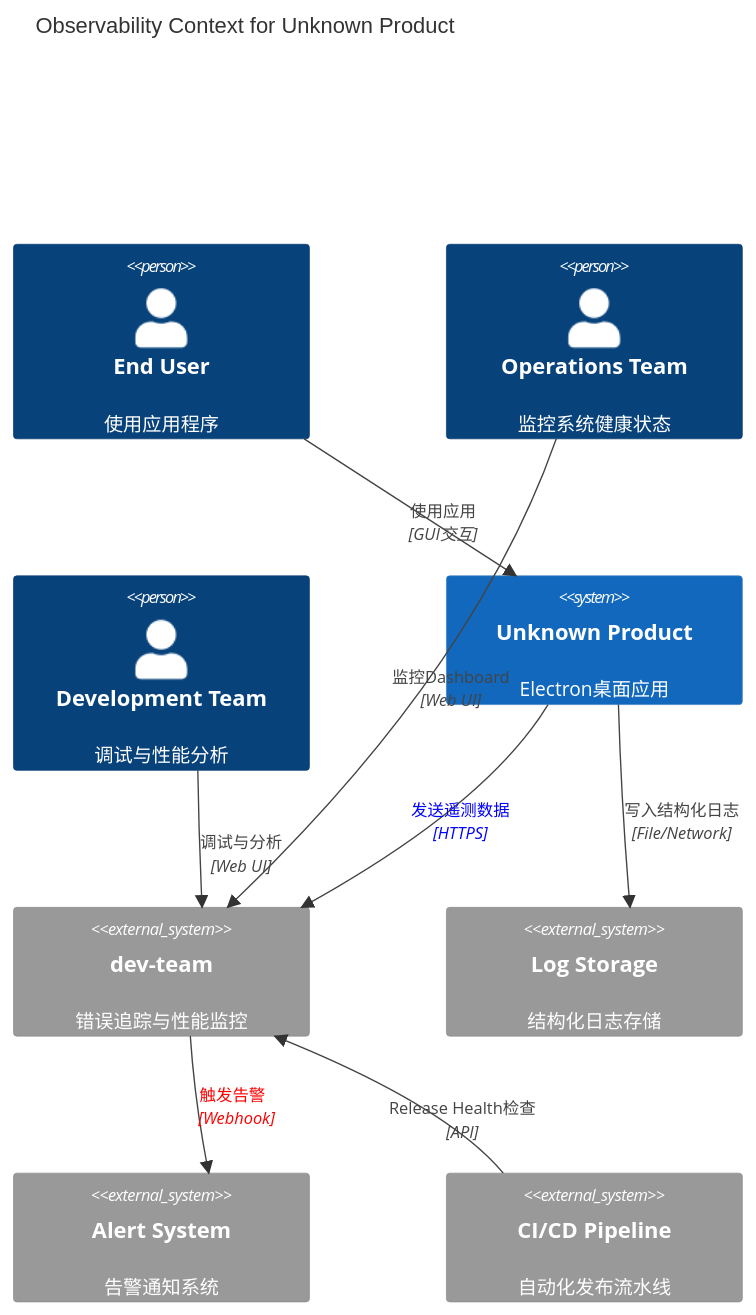
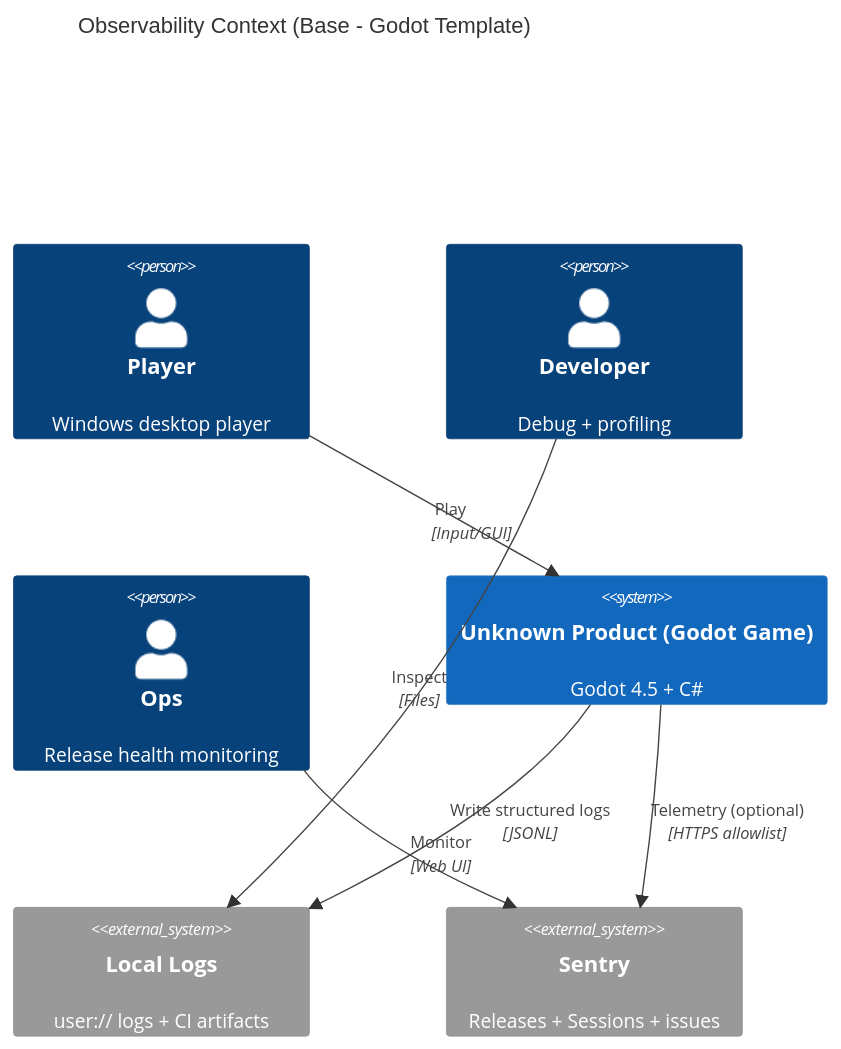
The diagram in docs/architecture/base/03-observability-sentry-logging-v2.md (skyoxu/sanguo), drawn with Mermaid before and after one commit. The commit also changed other lines of this file and 136 other files, not shown here.

````diff
--- a/docs/architecture/base/03-observability-sentry-logging-v2.md
+++ b/docs/architecture/base/03-observability-sentry-logging-v2.md
@@ -20,22 +20,16 @@
 ```mermaid
 C4Context
-    title Observability Context for Unknown Product
-    Person(user, "End User", "使用应用程序")
-    Person(ops, "Operations Team", "监控系统健康状态")
-    Person(dev, "Development Team", "调试与性能分析")
-    System(app, "Unknown Product", "Electron桌面应用")
-    System_Ext(sentry, "dev-team", "错误追踪与性能监控")
-    System_Ext(logs, "Log Storage", "结构化日志存储")
-    System_Ext(alerts, "Alert System", "告警通知系统")
-    System_Ext(ci, "CI/CD Pipeline", "自动化发布流水线")
+    title Observability Context (Base - Godot Template)
+    Person(player, "Player", "Windows desktop player")
+    Person(dev, "Developer", "Debug + profiling")
+    Person(ops, "Ops", "Release health monitoring")
+    System(app, "Unknown Product (Godot Game)", "Godot 4.5 + C#")
+    System_Ext(logs, "Local Logs", "user:// logs + CI artifacts")
+    System_Ext(sentry, "Sentry", "Releases + Sessions + issues")
 
-    Rel(user, app, "使用应用", "GUI交互")
-    Rel(app, sentry, "发送遥测数据", "HTTPS")
-    Rel(app, logs, "写入结构化日志", "File/Network")
-    Rel(sentry, alerts, "触发告警", "Webhook")
-    Rel(ops, sentry, "监控Dashboard", "Web UI")
-    Rel(dev, sentry, "调试与分析", "Web UI")
-    Rel(ci, sentry, "Release Health检查", "API")
-    UpdateRelStyle(app, sentry, $textColor="blue", $offsetX="-10")
-    UpdateRelStyle(sentry, alerts, $textColor="red", $offsetY="-10")
+    Rel(player, app, "Play", "Input/GUI")
+    Rel(app, logs, "Write structured logs", "JSONL")
+    Rel(app, sentry, "Telemetry (optional)", "HTTPS allowlist")
+    Rel(dev, logs, "Inspect", "Files")
+    Rel(ops, sentry, "Monitor", "Web UI")
 ```
````
